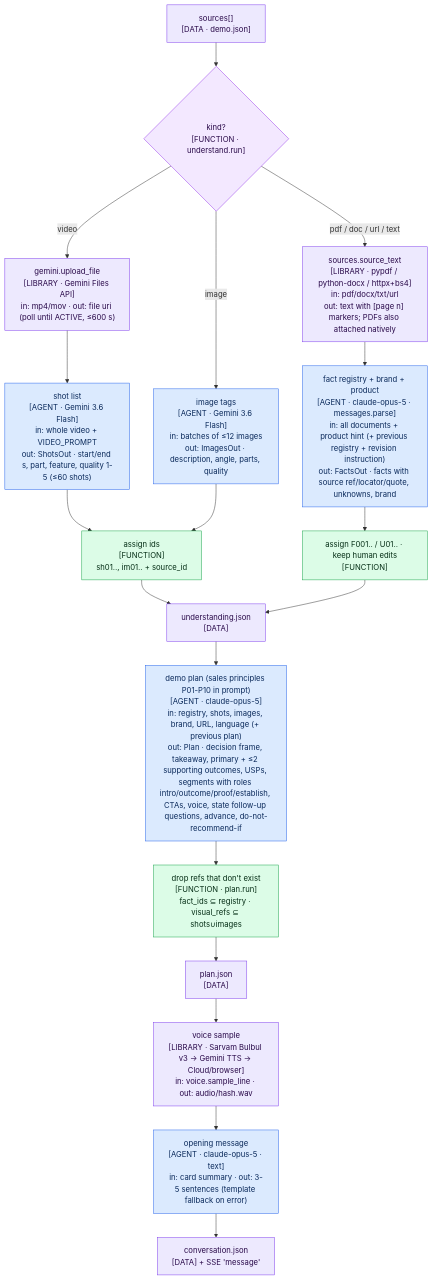
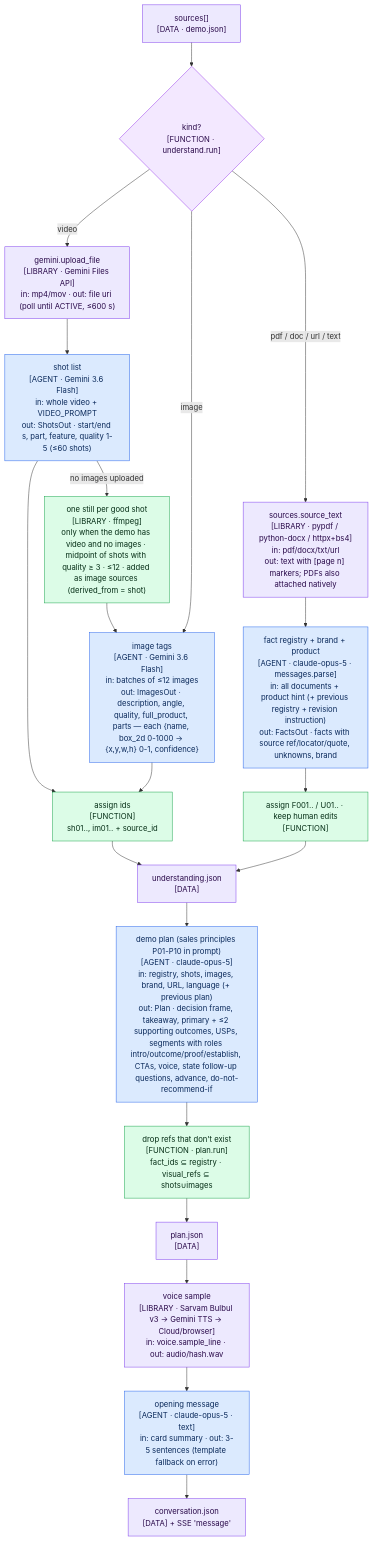
Before and after one commit to APareek89/demo-studio: the diagram in docs/mermaid/02-understand.mmd, drawn with Mermaid. The commit also changed 16 other files, not shown here.

First line of the commit message:
slides-v1 Phase 2: hero zone, image parts with bounding boxes, stills from video-only uploads

```diff
--- a/docs/mermaid/02-understand.mmd
+++ b/docs/mermaid/02-understand.mmd
@@ -1,33 +1,35 @@
 %% 02 · Read phase — Understand (Gemini looks, Claude reads) then Plan
 flowchart TD
   SRC["sources[]<br/>[DATA · demo.json]"]:::data
   ISV{"kind?<br/>[FUNCTION · understand.run]"}:::dec
   UPV["gemini.upload_file<br/>[LIBRARY · Gemini Files API]<br/>in: mp4/mov · out: file uri (poll until ACTIVE, ≤600 s)"]:::data
   SHOTS["shot list<br/>[AGENT · Gemini 3.6 Flash]<br/>in: whole video + VIDEO_PROMPT<br/>out: ShotsOut · start/end s, part, feature, quality 1-5 (≤60 shots)"]:::agent
-  IMGS["image tags<br/>[AGENT · Gemini 3.6 Flash]<br/>in: batches of ≤12 images<br/>out: ImagesOut · description, angle, parts, quality"]:::agent
+  STILLS["one still per good shot<br/>[LIBRARY · ffmpeg]<br/>only when the demo has video and no images · midpoint of shots with quality ≥ 3 · ≤12 · added as image sources (derived_from = shot)"]:::fn
+  IMGS["image tags<br/>[AGENT · Gemini 3.6 Flash]<br/>in: batches of ≤12 images<br/>out: ImagesOut · description, angle, quality, full_product, parts — each {name, box_2d 0-1000 → {x,y,w,h} 0-1, confidence}"]:::agent
   IDS["assign ids<br/>[FUNCTION]<br/>sh01.., im01.. + source_id"]:::fn
   DOCS["sources.source_text<br/>[LIBRARY · pypdf / python-docx / httpx+bs4]<br/>in: pdf/docx/txt/url<br/>out: text with [page n] markers; PDFs also attached natively"]:::data
   FACTS["fact registry + brand + product<br/>[AGENT · claude-opus-5 · messages.parse]<br/>in: all documents + product hint (+ previous registry + revision instruction)<br/>out: FactsOut · facts with source ref/locator/quote, unknowns, brand"]:::agent
   FIDS["assign F001.. / U01.. · keep human edits<br/>[FUNCTION]"]:::fn
   UND["understanding.json<br/>[DATA]"]:::data
   PLAN["demo plan (sales principles P01-P10 in prompt)<br/>[AGENT · claude-opus-5]<br/>in: registry, shots, images, brand, URL, language (+ previous plan)<br/>out: Plan · decision frame, takeaway, primary + ≤2 supporting outcomes, USPs, segments with roles intro/outcome/proof/establish, CTAs, voice, state follow-up questions, advance, do-not-recommend-if"]:::agent
   PVAL["drop refs that don't exist<br/>[FUNCTION · plan.run]<br/>fact_ids ⊆ registry · visual_refs ⊆ shots∪images"]:::fn
   PJ["plan.json<br/>[DATA]"]:::data
   SAMPLE["voice sample<br/>[LIBRARY · Sarvam Bulbul v3 → Gemini TTS → Cloud/browser]<br/>in: voice.sample_line · out: audio/hash.wav"]:::data
   OPEN["opening message<br/>[AGENT · claude-opus-5 · text]<br/>in: card summary · out: 3-5 sentences (template fallback on error)"]:::agent
   CONV["conversation.json<br/>[DATA] + SSE 'message'"]:::data
 
   SRC --> ISV
   ISV -- "video" --> UPV --> SHOTS --> IDS
+  SHOTS -- "no images uploaded" --> STILLS --> IMGS
   ISV -- "image" --> IMGS --> IDS
   ISV -- "pdf / doc / url / text" --> DOCS --> FACTS --> FIDS
   IDS --> UND
   FIDS --> UND
   UND --> PLAN --> PVAL --> PJ --> SAMPLE --> OPEN --> CONV
 
   classDef agent fill:#dbeafe,stroke:#2563eb,color:#0b2a5b;
   classDef fn fill:#dcfce7,stroke:#16a34a,color:#052e16;
   classDef dec fill:#f3e8ff,stroke:#9333ea,color:#2a0a4a;
   classDef term fill:#e5e7eb,stroke:#6b7280,color:#111827;
   classDef ask fill:#cffafe,stroke:#0891b2,color:#083344;
   classDef data fill:#ede9fe,stroke:#7c3aed,color:#2a0a4a;
```
